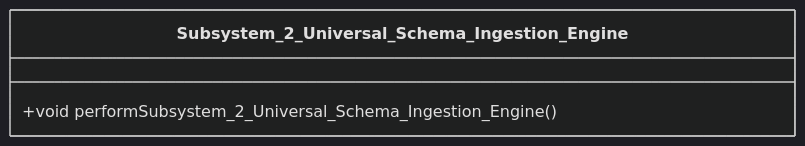
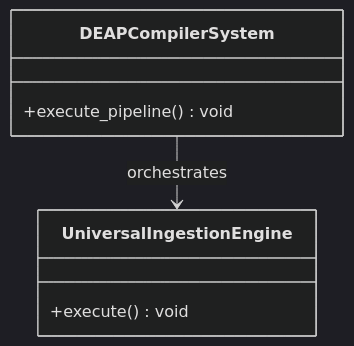
The first of 2 diagrams in docs/epics/EPIC-04-Subsystem_2_Universal_Schema_Ingestion_Engine.md (gintatkinson/dumpiler-01), drawn with Mermaid (dark theme) before and after one commit. The commit also changed other lines of this file and 90 other files, not shown here.

````diff
--- a/docs/epics/EPIC-04-Subsystem_2_Universal_Schema_Ingestion_Engine.md
+++ b/docs/epics/EPIC-04-Subsystem_2_Universal_Schema_Ingestion_Engine.md
@@ -30,6 +53,10 @@
 ```mermaid
 classDiagram
-    class Subsystem_2_Universal_Schema_Ingestion_Engine {
-        +void performSubsystem_2_Universal_Schema_Ingestion_Engine()
+    class DEAPCompilerSystem {
+        +execute_pipeline() void
     }
+    class UniversalIngestionEngine {
+        +execute() void
+    }
+    DEAPCompilerSystem --> UniversalIngestionEngine : orchestrates
 ```
````
